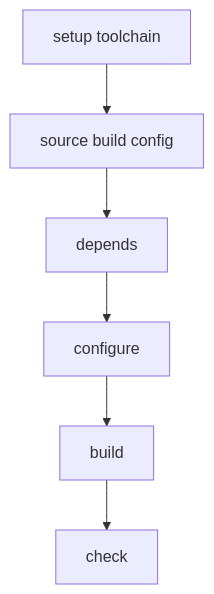
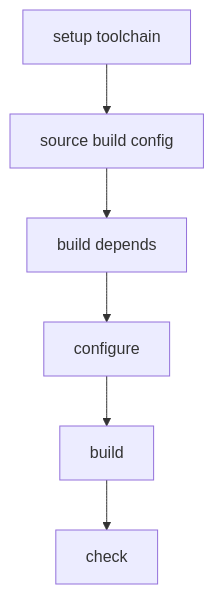
One commit to zongou/pkgs changed the diagram in README.md. Above: the diagram before and after it, drawn with Mermaid. The commit also changed 1 other file, not shown here.

````diff
--- a/README.md
+++ b/README.md
@@ -12,9 +12,9 @@
 ```mermaid
 graph TD
     s1[setup toolchain] -->
     s2[source build config] -->
-    s3[depends] -->
+    s3[build depends] -->
     s4[configure] -->
     s5[build] -->
     s6[check]
 ```
````
